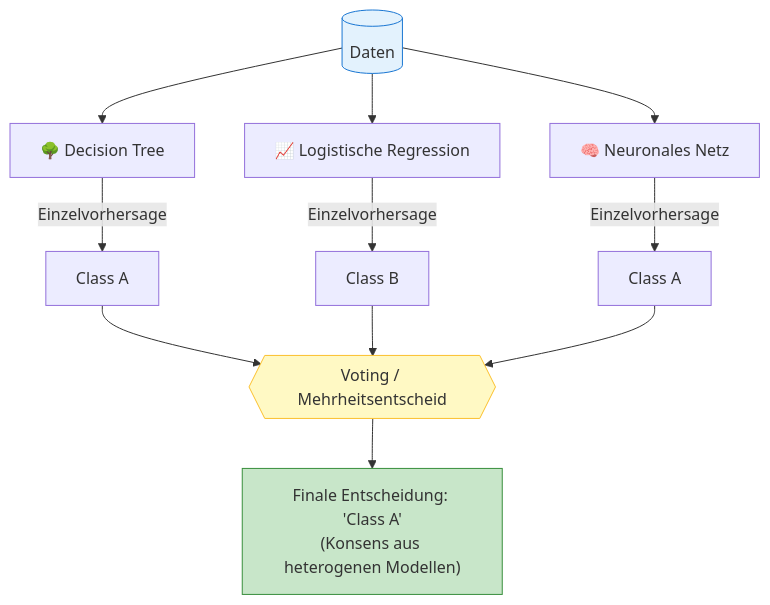
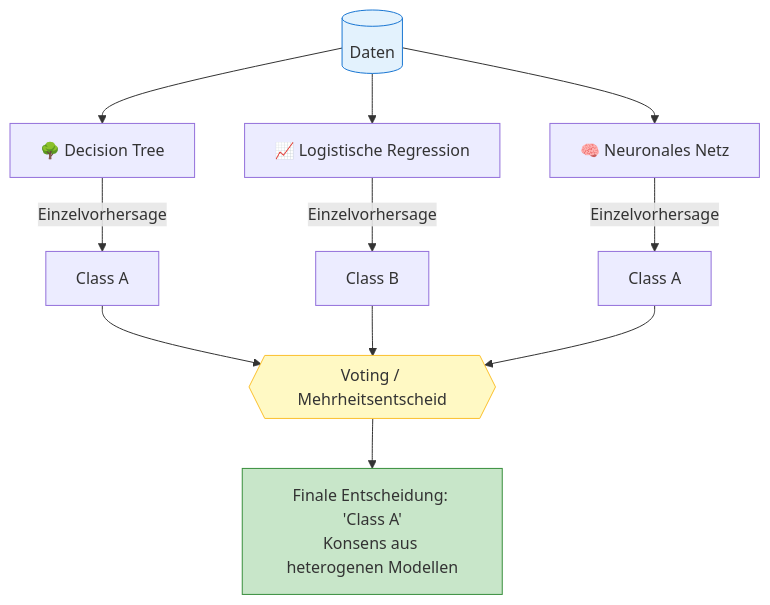
One commit to ralf-42/ML_Intro changed the second of 9 diagrams in docs/concepts/modeling/stacking.md. Above: the diagram before and after it, drawn with Mermaid.

````diff
--- a/docs/concepts/modeling/stacking.md
+++ b/docs/concepts/modeling/stacking.md
@@ -64,23 +64,23 @@
 ```mermaid
 flowchart TD
 
     D[("Daten")]
 
     D --> M1["🌳 Decision Tree"]
     D --> M2["📈 Logistische Regression"]
     D --> M3["🧠 Neuronales Netz"]
 
     M1 -- "Einzelvorhersage" --> P1["Class A"]
     M2 -- "Einzelvorhersage" --> P2["Class B"]
     M3 -- "Einzelvorhersage" --> P3["Class A"]
 
     P1 --> V{{"Voting / Mehrheitsentscheid"}}
     P2 --> V
     P3 --> V
 
-    V --> FINAL["Finale Entscheidung: 'Class A'<br>(Konsens aus heterogenen Modellen)"]
+    V --> FINAL["Finale Entscheidung: 'Class A'<br>Konsens aus heterogenen Modellen"]
 
     style D fill:#e3f2fd,stroke:#1976d2
     style V fill:#fff9c4,stroke:#fbc02d
     style FINAL fill:#c8e6c9,stroke:#388e3c
 ```
````
